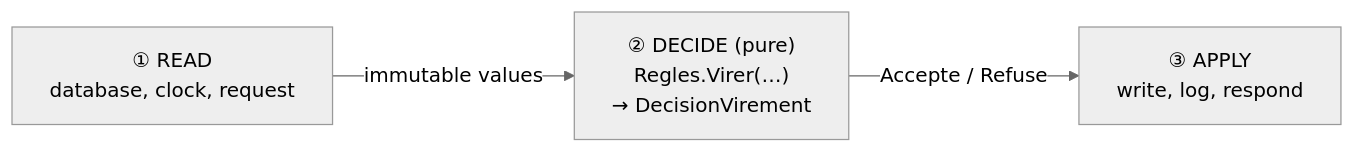
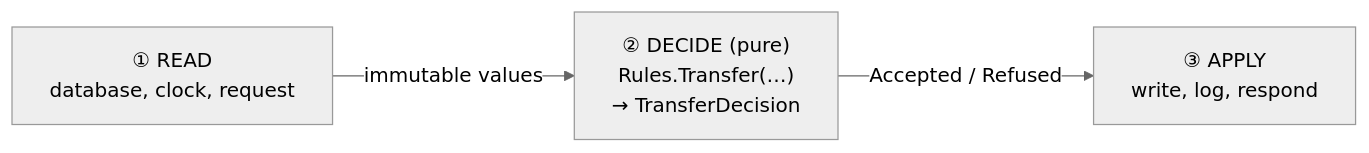
Before and after one commit to drangoht/ArchitecturesDemo: the diagram in Docs/en/fiches/04-coeur-fonctionnel.md, drawn with Mermaid (neutral theme). The commit also changed other lines of this file and 78 other files, not shown here.

First line of the commit message:
Docs EN : identifiants, liens, diagrammes et sorties alignés sur le code anglais

````diff
--- a/Docs/en/fiches/04-coeur-fonctionnel.md
+++ b/Docs/en/fiches/04-coeur-fonctionnel.md
@@ -9,5 +9,5 @@
 ```mermaid
 flowchart LR
-    L["① READ<br/>database, clock, request"] -->|immutable values| D["② DECIDE (pure)<br/>Regles.Virer(…)<br/>→ DecisionVirement"]
-    D -->|"Accepte / Refuse"| A["③ APPLY<br/>write, log, respond"]
+    L["① READ<br/>database, clock, request"] -->|immutable values| D["② DECIDE (pure)<br/>Rules.Transfer(…)<br/>→ TransferDecision"]
+    D -->|"Accepted / Refused"| A["③ APPLY<br/>write, log, respond"]
 ```
````
